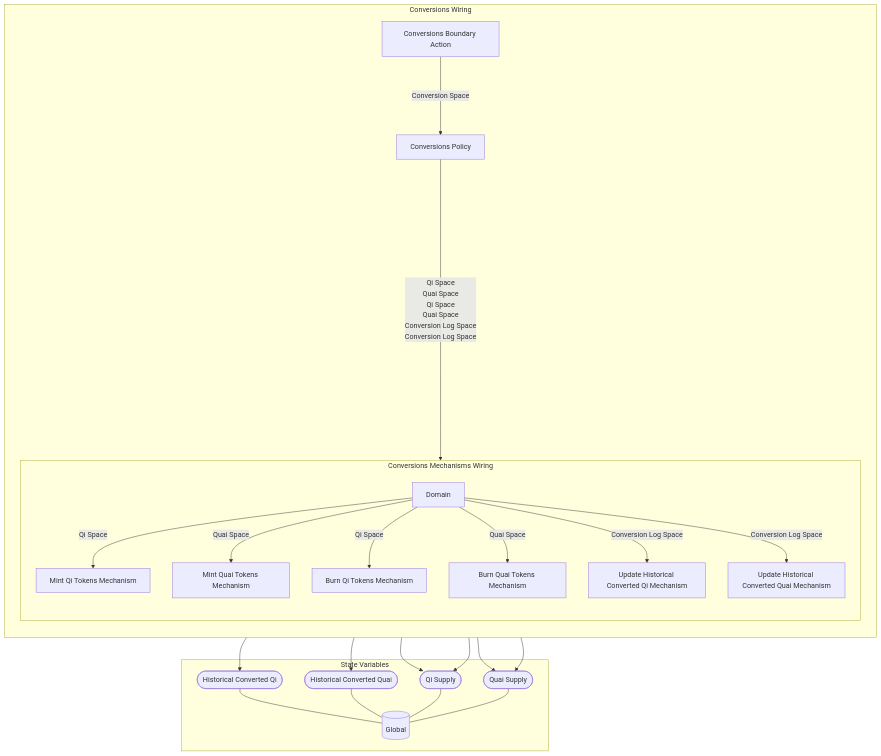
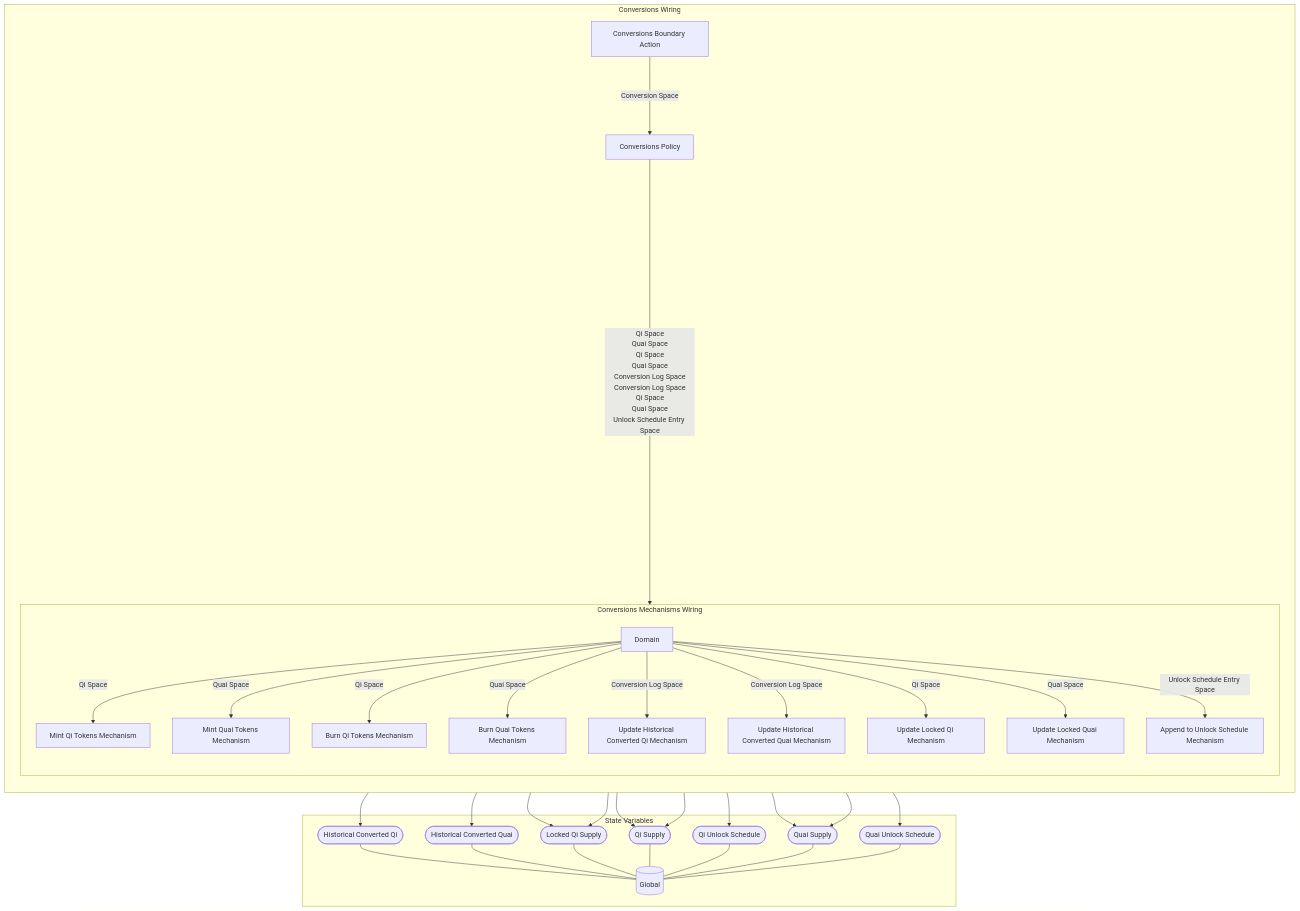
One commit to dominant-strategies/Quai-Macro-Model changed the diagram in Research/MSML Scaffold/Wiring/Conversions Wiring.md. Above: the diagram before and after it, drawn with Mermaid. The commit also changed other lines of this file and 24 other files, not shown here.

````diff
--- a/Research/MSML Scaffold/Wiring/Conversions Wiring.md
+++ b/Research/MSML Scaffold/Wiring/Conversions Wiring.md
@@ -3,53 +3,72 @@
 ```mermaid
 graph TB
 
 subgraph SVS["State Variables"]
 EE0[("Global")]
 EES0(["Historical Converted Qi"])
 EES0 --- EE0
 EES1(["Historical Converted Quai"])
 EES1 --- EE0
-EES2(["Qi Supply"])
+EES2(["Locked Qi Supply"])
 EES2 --- EE0
-EES3(["Quai Supply"])
+EES3(["Qi Supply"])
 EES3 --- EE0
+EES4(["Qi Unlock Schedule"])
+EES4 --- EE0
+EES5(["Quai Supply"])
+EES5 --- EE0
+EES6(["Quai Unlock Schedule"])
+EES6 --- EE0
 end
 
-subgraph X12["Conversions Wiring"]
+subgraph X15["Conversions Wiring"]
 direction TB
 X1["Conversions Boundary Action"]
 X2["Conversions Policy"]
-subgraph X11["Conversions Mechanisms Wiring"]
+subgraph X14["Conversions Mechanisms Wiring"]
 direction TB
 X3["Mint Qi Tokens Mechanism"]
-X3 --> EES2
+X3 --> EES3
 X4["Mint Quai Tokens Mechanism"]
-X4 --> EES3
+X4 --> EES5
 X5["Burn Qi Tokens Mechanism"]
-X5 --> EES2
+X5 --> EES3
 X6["Burn Quai Tokens Mechanism"]
-X6 --> EES3
+X6 --> EES5
 X7["Update Historical Converted Qi Mechanism"]
 X7 --> EES0
 X8["Update Historical Converted Quai Mechanism"]
 X8 --> EES1
-X9[Domain]
+X9["Update Locked Qi Mechanism"]
+X9 --> EES2
+X10["Update Locked Quai Mechanism"]
+X10 --> EES2
+X11["Append to Unlock Schedule Mechanism"]
+X11 --> EES6
+X11 --> EES4
+X12[Domain]
 
 direction LR
 direction TB
-X9 --"Qi Space"--> X3
-X9 --"Quai Space"--> X4
-X9 --"Qi Space"--> X5
-X9 --"Quai Space"--> X6
-X9 --"Conversion Log Space"--> X7
-X9 --"Conversion Log Space"--> X8
+X12 --"Qi Space"--> X3
+X12 --"Quai Space"--> X4
+X12 --"Qi Space"--> X5
+X12 --"Quai Space"--> X6
+X12 --"Conversion Log Space"--> X7
+X12 --"Conversion Log Space"--> X8
+X12 --"Qi Space"--> X9
+X12 --"Quai Space"--> X10
+X12 --"Unlock Schedule Entry Space"--> X11
 end
 X1--"Conversion Space"--->X2
 X2--"Qi Space
 Quai Space
 Qi Space
 Quai Space
 Conversion Log Space
-Conversion Log Space"-------->X11
+Conversion Log Space
+Qi Space
+Quai Space
+Unlock Schedule Entry Space"----------->X14
 end
 ```
````
